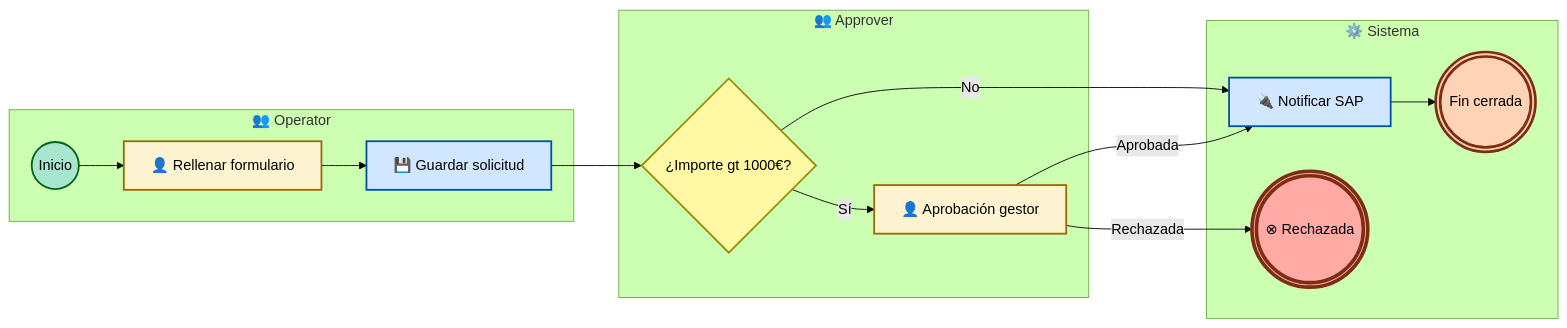
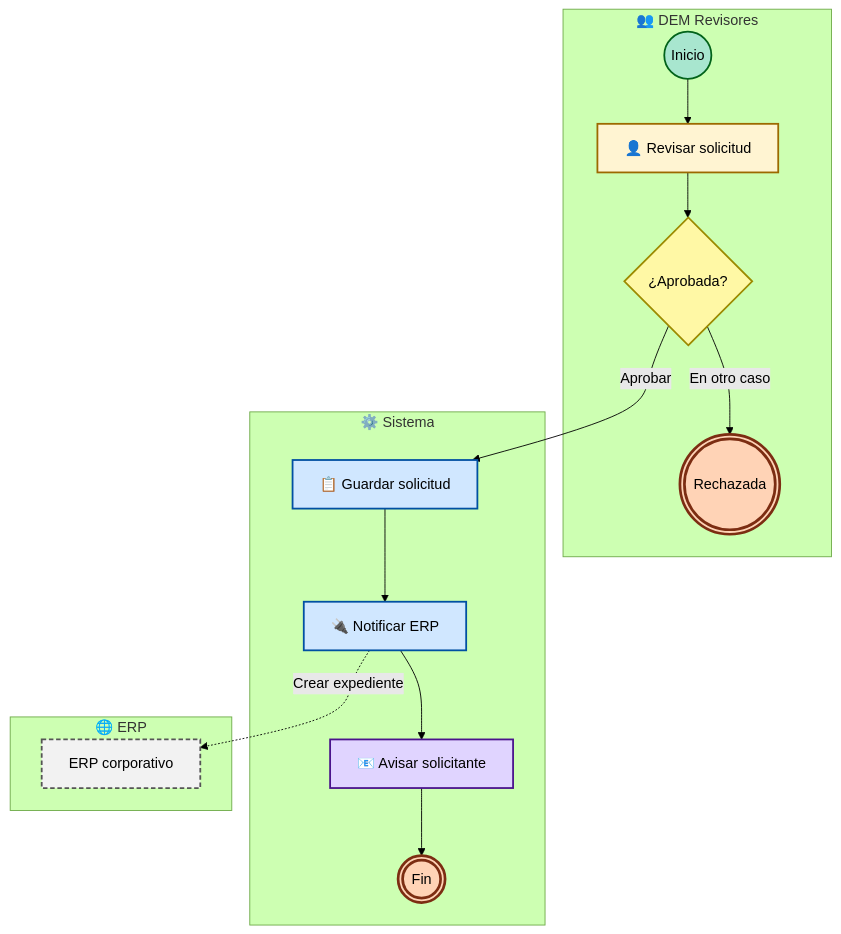
Before and after one commit to raulogm077/Analista-Funcional-Appian: the third of 9 diagrams in skills/appian-reverse-engineering/references/mermaid-rules.md, drawn with Mermaid (forest theme). The commit also changed other lines of this file and 33 other files, not shown here.

````diff
--- a/skills/appian-reverse-engineering/references/mermaid-rules.md
+++ b/skills/appian-reverse-engineering/references/mermaid-rules.md
@@ -234,32 +248,36 @@
 ```mermaid
-flowchart LR
-  subgraph LO["👥 Operator"]
-    Start((Inicio)):::startNode
-    Form[👤 Rellenar formulario]:::userTask
-    Save[💾 Guardar solicitud]:::dataTask
-  end
-  subgraph LA["👥 Approver"]
-    Gate{¿Importe gt 1000€?}:::gateway
-    Approve[👤 Aprobación gestor]:::userTask
+flowchart TD
+  subgraph L1["👥 DEM Revisores"]
+    Start1((Inicio)):::startNode
+    T2[👤 Revisar solicitud]:::userTask
+    G3{¿Aprobada?}:::gateway
+    End7(((Rechazada))):::endNode
   end
   subgraph LS["⚙️ Sistema"]
-    Notify[🔌 Notificar SAP]:::serviceTask
-    EndOk(((Fin cerrada))):::endNode
-    EndKo(((⊗ Rechazada))):::endNodeTerm
+    T4[📋 Guardar solicitud]:::dataTask
+    T5[🔌 Notificar ERP]:::serviceTask
+    T6[📧 Avisar solicitante]:::sendTask
+    End8(((Fin))):::endNode
+  end
+  subgraph P1["🌐 ERP"]
+    Ext1[ERP corporativo]:::external
   end
 
-  Start --> Form --> Save --> Gate
-  Gate -->|"Sí"| Approve
-  Gate -->|"No"| Notify
-  Approve -->|"Aprobada"| Notify
-  Approve -->|"Rechazada"| EndKo
-  Notify --> EndOk
+  Start1 --> T2 --> G3
+  G3 -->|"Aprobar"| T4
+  G3 -->|"En otro caso"| End7
+  T4 --> T5 --> T6 --> End8
+  T5 -.->|"Crear expediente"| Ext1
 
   classDef startNode fill:#a8e6cf,stroke:#02631a,stroke-width:2px,color:#000
   classDef endNode fill:#ffd3b6,stroke:#7c2d12,stroke-width:3px,color:#000
   classDef endNodeTerm fill:#ffaaa5,stroke:#7c2d12,stroke-width:4px,color:#000
   classDef userTask fill:#fff4d2,stroke:#9c6900,stroke-width:2px,color:#000
   classDef serviceTask fill:#d0e7ff,stroke:#0050a2,stroke-width:2px,color:#000
   classDef dataTask fill:#d0e7ff,stroke:#0050a2,stroke-width:2px,color:#000
+  classDef sendTask fill:#e0d4ff,stroke:#4a148c,stroke-width:2px,color:#000
+  classDef scriptTask fill:#e8e8e8,stroke:#444,stroke-width:2px,color:#000
+  classDef callActivity fill:#cfe2cf,stroke:#1b5e20,stroke-width:3px,color:#000
   classDef gateway fill:#fff8a5,stroke:#9c8a00,stroke-width:2px,color:#000
+  classDef external fill:#f2f2f2,stroke:#555,stroke-width:2px,stroke-dasharray:5 3,color:#000
 ```
````
